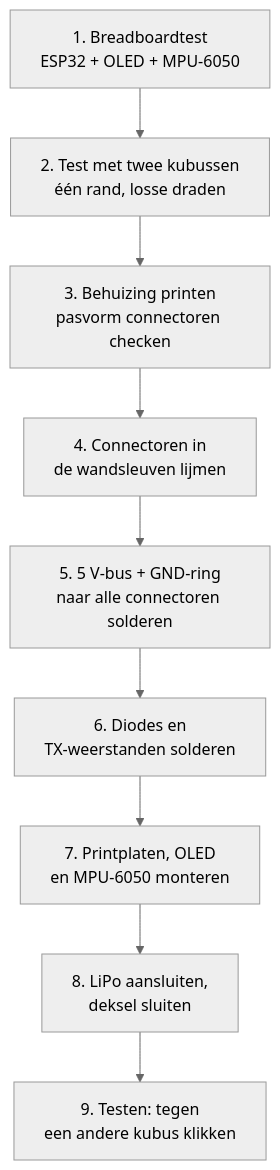
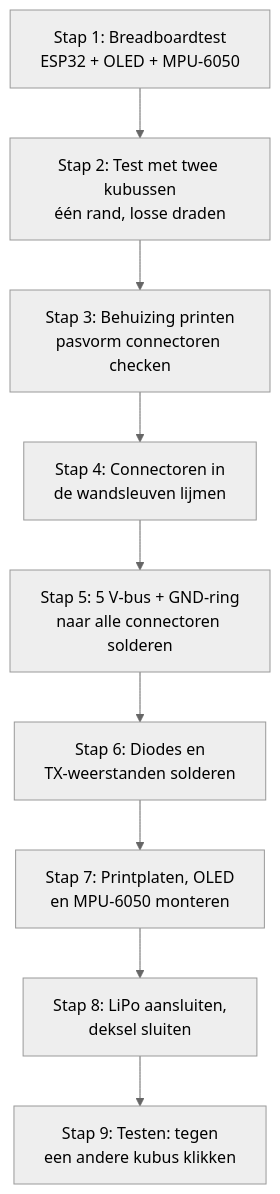
The second of 2 diagrams in docs/build-and-wiring.md (weggos2000/Cubelings), drawn with Mermaid (neutral theme) before and after one commit. The commit also changed other lines of this file and 1 other file, not shown here.

````diff
--- a/docs/build-and-wiring.md
+++ b/docs/build-and-wiring.md
@@ -166,11 +166,11 @@
 ```mermaid
 flowchart TB
-    A[1. Breadboardtest<br/>ESP32 + OLED + MPU-6050] --> B[2. Test met twee kubussen<br/>één rand, losse draden]
-    B --> C[3. Behuizing printen<br/>pasvorm connectoren checken]
-    C --> D[4. Connectoren in<br/>de wandsleuven lijmen]
-    D --> E[5. 5 V-bus + GND-ring<br/>naar alle connectoren solderen]
-    E --> F[6. Diodes en<br/>TX-weerstanden solderen]
-    F --> G[7. Printplaten, OLED<br/>en MPU-6050 monteren]
-    G --> H[8. LiPo aansluiten,<br/>deksel sluiten]
-    H --> I[9. Testen: tegen<br/>een andere kubus klikken]
+    A[Stap 1: Breadboardtest<br/>ESP32 + OLED + MPU-6050] --> B[Stap 2: Test met twee kubussen<br/>één rand, losse draden]
+    B --> C[Stap 3: Behuizing printen<br/>pasvorm connectoren checken]
+    C --> D[Stap 4: Connectoren in<br/>de wandsleuven lijmen]
+    D --> E[Stap 5: 5 V-bus + GND-ring<br/>naar alle connectoren solderen]
+    E --> F[Stap 6: Diodes en<br/>TX-weerstanden solderen]
+    F --> G[Stap 7: Printplaten, OLED<br/>en MPU-6050 monteren]
+    G --> H[Stap 8: LiPo aansluiten,<br/>deksel sluiten]
+    H --> I[Stap 9: Testen: tegen<br/>een andere kubus klikken]
 ```
````
